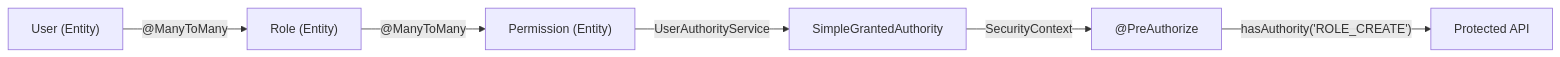
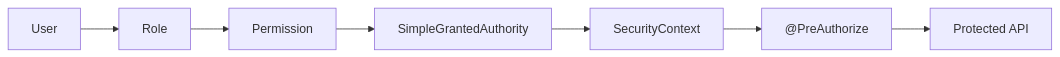
Before and after one commit to bluejals13/26-05adf: the second of 2 diagrams in docs/reference/security.md, drawn with Mermaid. The commit also changed other lines of this file, not shown here.

````diff
--- a/docs/reference/security.md
+++ b/docs/reference/security.md
@@ -156,8 +182,9 @@
 ```mermaid
 flowchart LR
-    User["User (Entity)"] -->|"@ManyToMany"| Role["Role (Entity)"]
-    Role -->|"@ManyToMany"| Permission["Permission (Entity)"]
-    Permission -->|"UserAuthorityService"| Authority["SimpleGrantedAuthority"]
-    Authority -->|"SecurityContext"| PreAuth["@PreAuthorize"]
-    PreAuth -->|"hasAuthority('ROLE_CREATE')"| Endpoint["Protected API"]
+    User["User"] --> Role["Role"]
+    Role --> Permission["Permission"]
+    Permission --> Authority["SimpleGrantedAuthority"]
+    Authority --> SecurityContext["SecurityContext"]
+    SecurityContext --> PreAuth["@PreAuthorize"]
+    PreAuth --> API["Protected API"]
 ```
````
